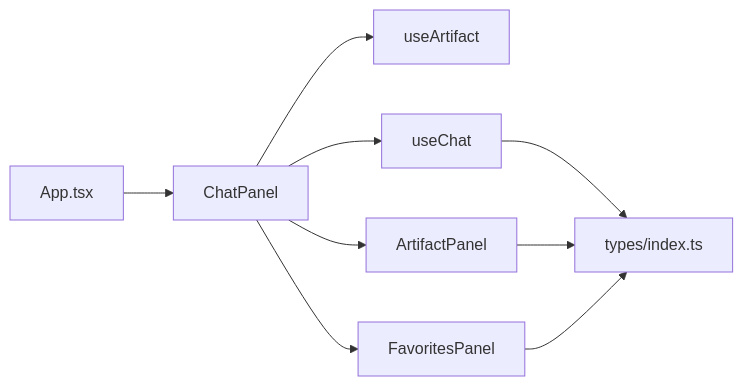
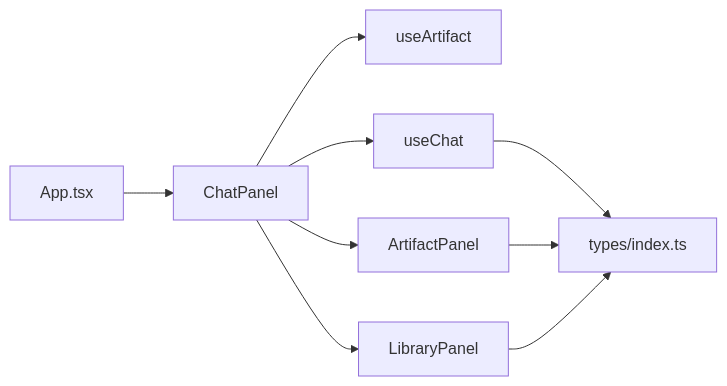
The fifth of 5 diagrams in .qoder/repowiki/zh/content/架构设计/组件架构设计/功能面板组件/聊天面板组件/Artifact 集成.md (billye220670/AIShop), drawn with Mermaid before and after one commit. The commit also changed other lines of this file and 99 other files, not shown here.

````diff
--- a/.qoder/repowiki/zh/content/架构设计/组件架构设计/功能面板组件/聊天面板组件/Artifact 集成.md
+++ b/.qoder/repowiki/zh/content/架构设计/组件架构设计/功能面板组件/聊天面板组件/Artifact 集成.md
@@ -240,11 +240,11 @@
 ```mermaid
 graph LR
 App["App.tsx"] --> Chat["ChatPanel"]
 Chat --> Hook["useArtifact"]
 Chat --> Panel["ArtifactPanel"]
-Chat --> Fav["FavoritesPanel"]
+Chat --> Fav["LibraryPanel"]
 Chat --> Store["useChat"]
 Store --> Types["types/index.ts"]
 Panel --> Types
 Fav --> Types
 ```
````
